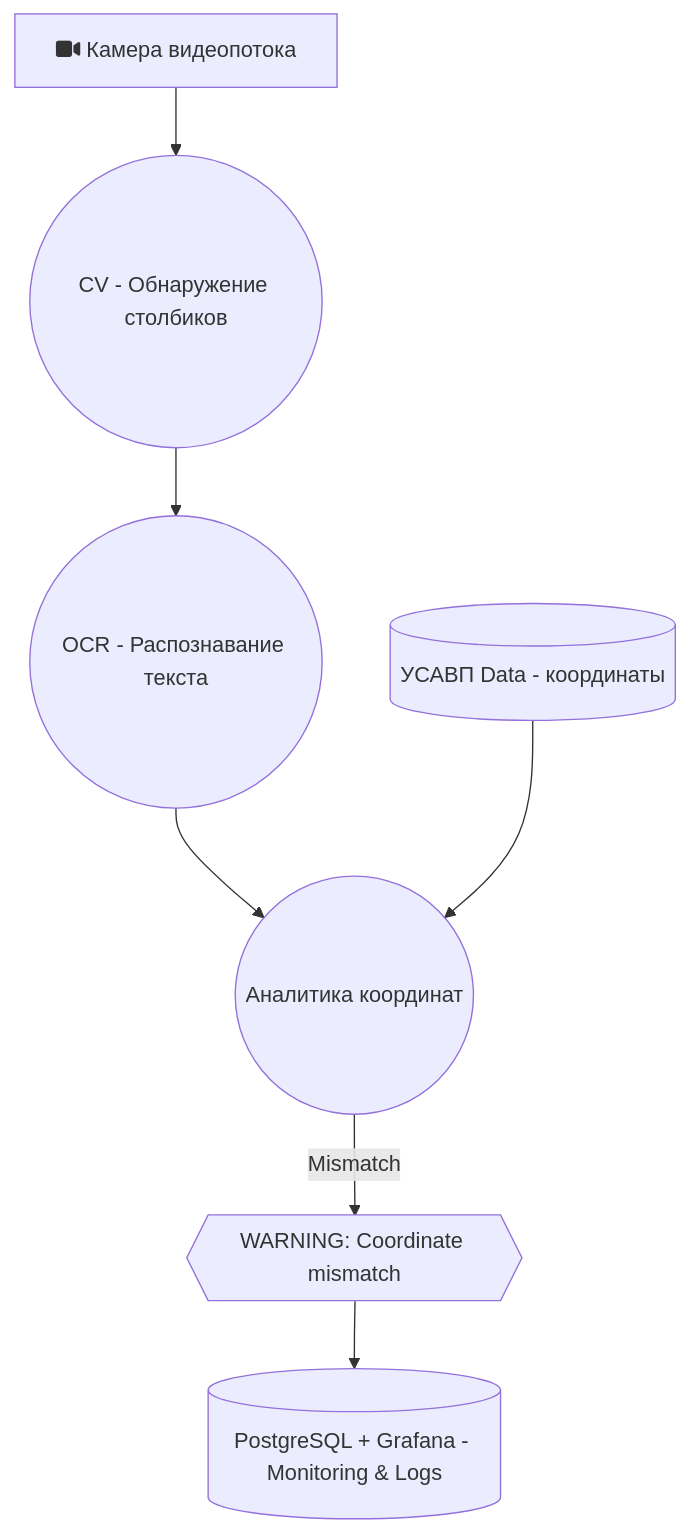
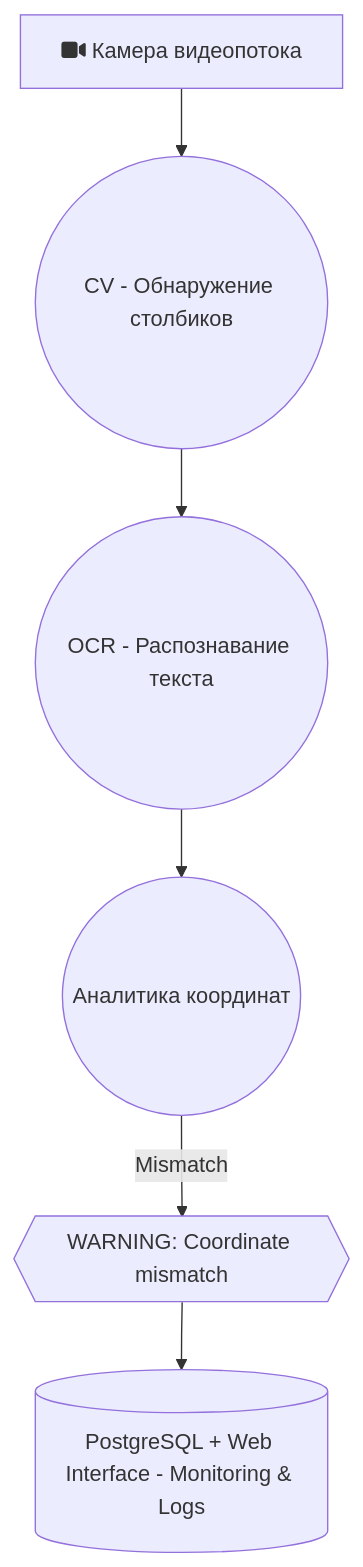
One commit to erofdmit/ml-system-design-aith changed the diagram in docs/ml_system_design_doc.md. Above: the diagram before and after it, drawn with Mermaid. The commit also changed other lines of this file, not shown here.

Commit message:
fixed mermaid

````diff
--- a/docs/ml_system_design_doc.md
+++ b/docs/ml_system_design_doc.md
@@ -53,14 +53,12 @@
 ```mermaid
 flowchart TD
     camera[fa:fa-video Камера видеопотока]
     detection_model((CV - Обнаружение столбиков))
     ocr_model((OCR - Распознавание текста))
-    usavp_data[(УСАВП Data - координаты)]
     analysis((Аналитика координат))
     alert_mismatch{{WARNING: Coordinate mismatch}}
-    monitoring[(PostgreSQL + Grafana - Monitoring & Logs)]
+    monitoring[(PostgreSQL + Web Interface - Monitoring & Logs)]
 
     camera --> detection_model --> ocr_model --> analysis
-    usavp_data --> analysis
     analysis --Mismatch--> alert_mismatch --> monitoring
 ```
````
